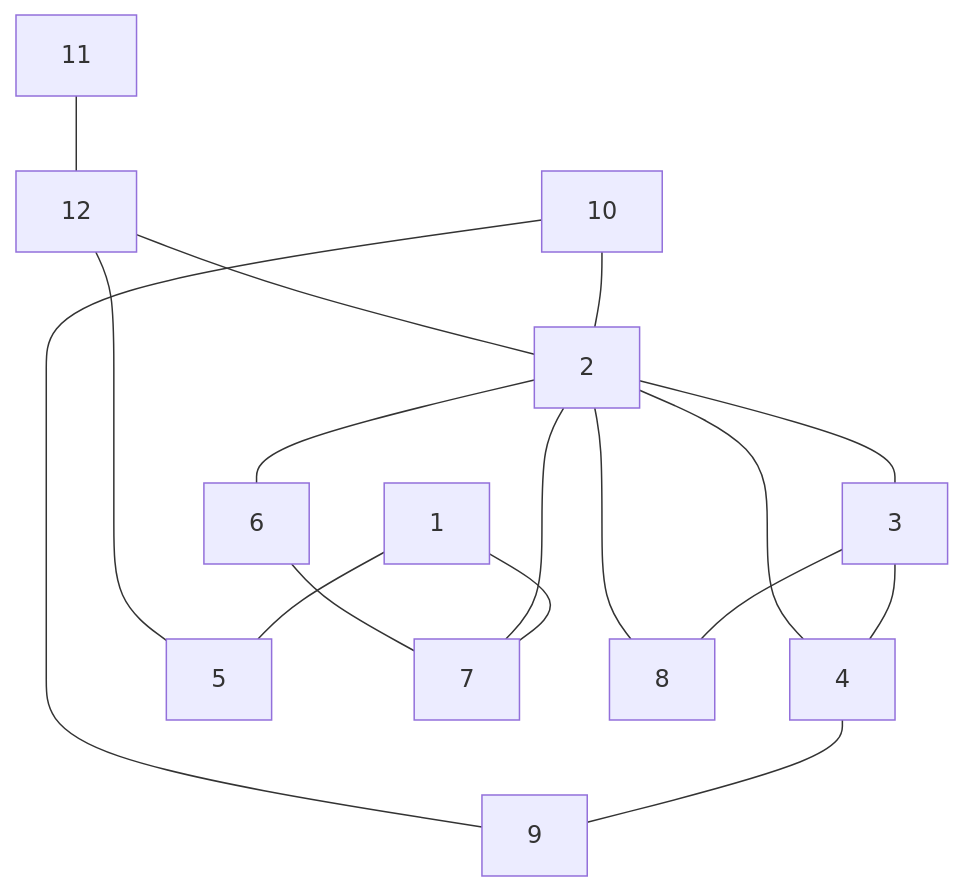
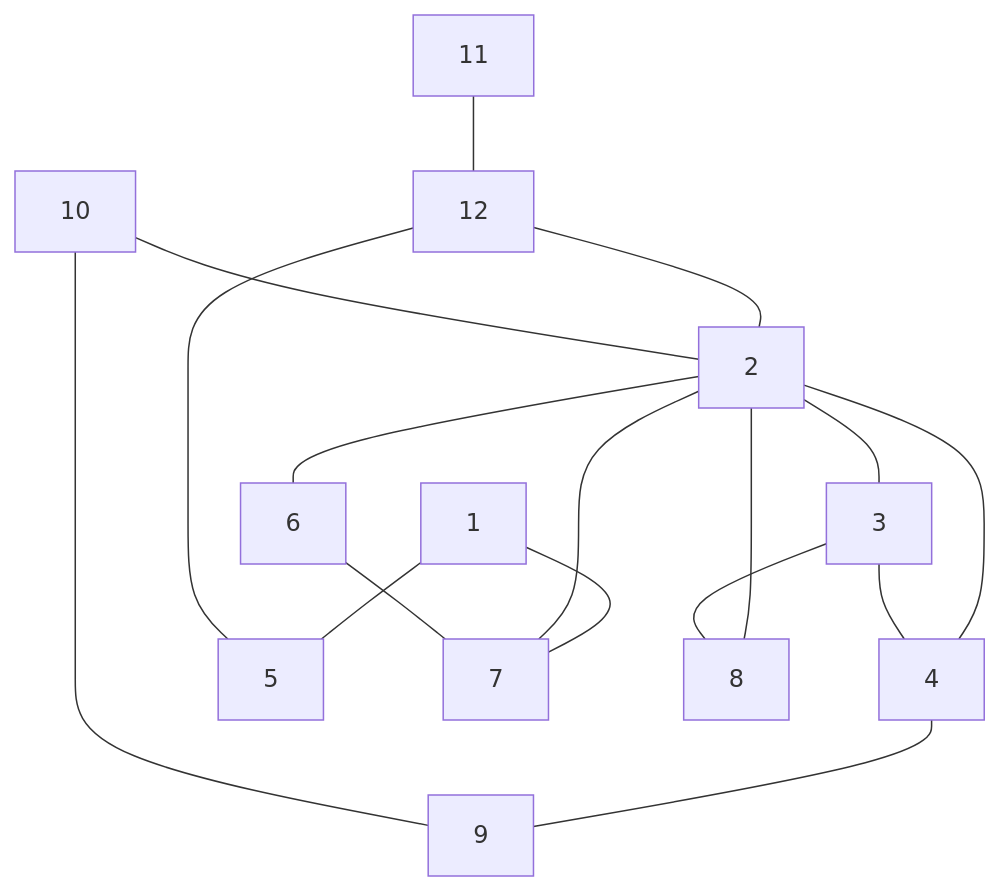
Before and after one commit to antononcube/Raku-Graph: the diagram in README.md, drawn with Mermaid. The commit also changed other lines of this file and 1 other file, not shown here.

````diff
--- a/README.md
+++ b/README.md
@@ -156,19 +156,19 @@
 ```mermaid
 graph TD
 1 --- 7
-2 --- 7
-6 --- 7
-3 --- 4
-2 --- 4
+1 --- 5
 4 --- 9
-3 --- 8
-2 --- 3
-1 --- 5
+10 --- 9
+12 --- 5
+12 --- 2
+11 --- 12
 2 --- 8
 2 --- 6
+2 --- 4
+2 --- 7
 10 --- 2
-12 --- 2
-11 --- 12
-12 --- 5
-10 --- 9
+2 --- 3
+3 --- 4
+3 --- 8
+6 --- 7
 ```
````
